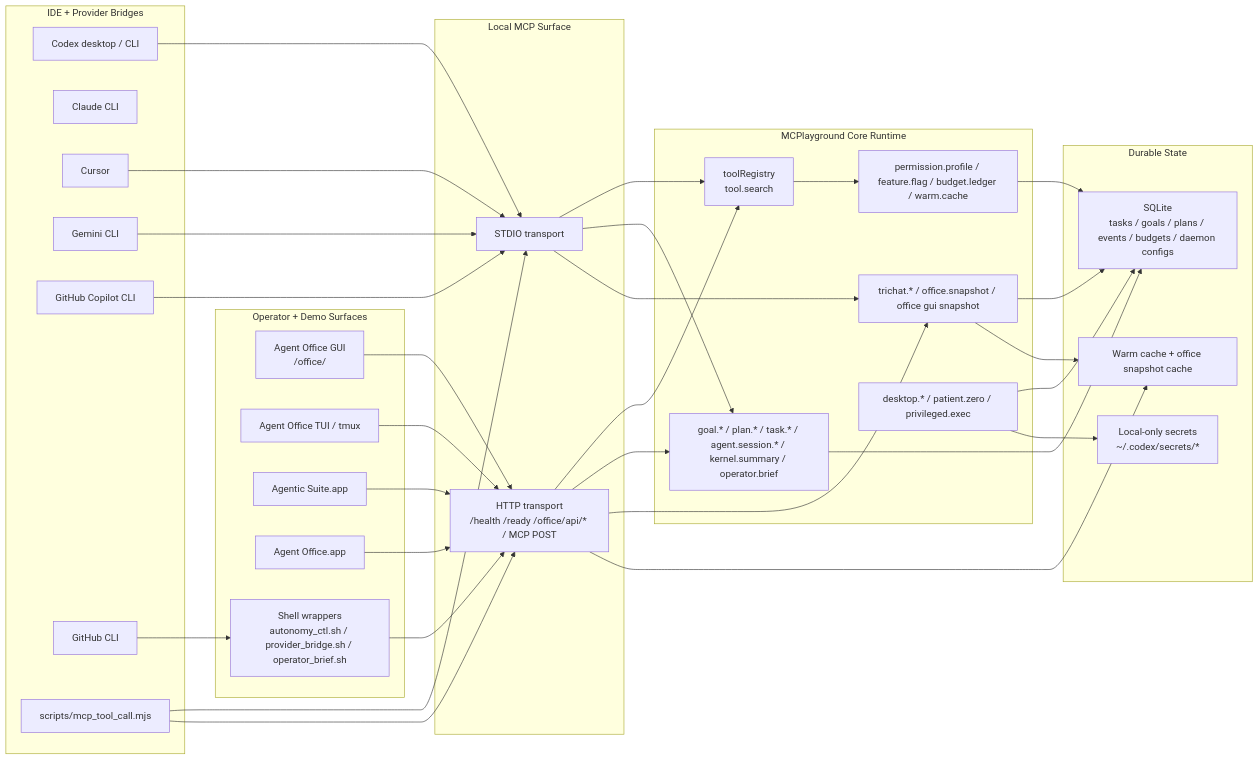
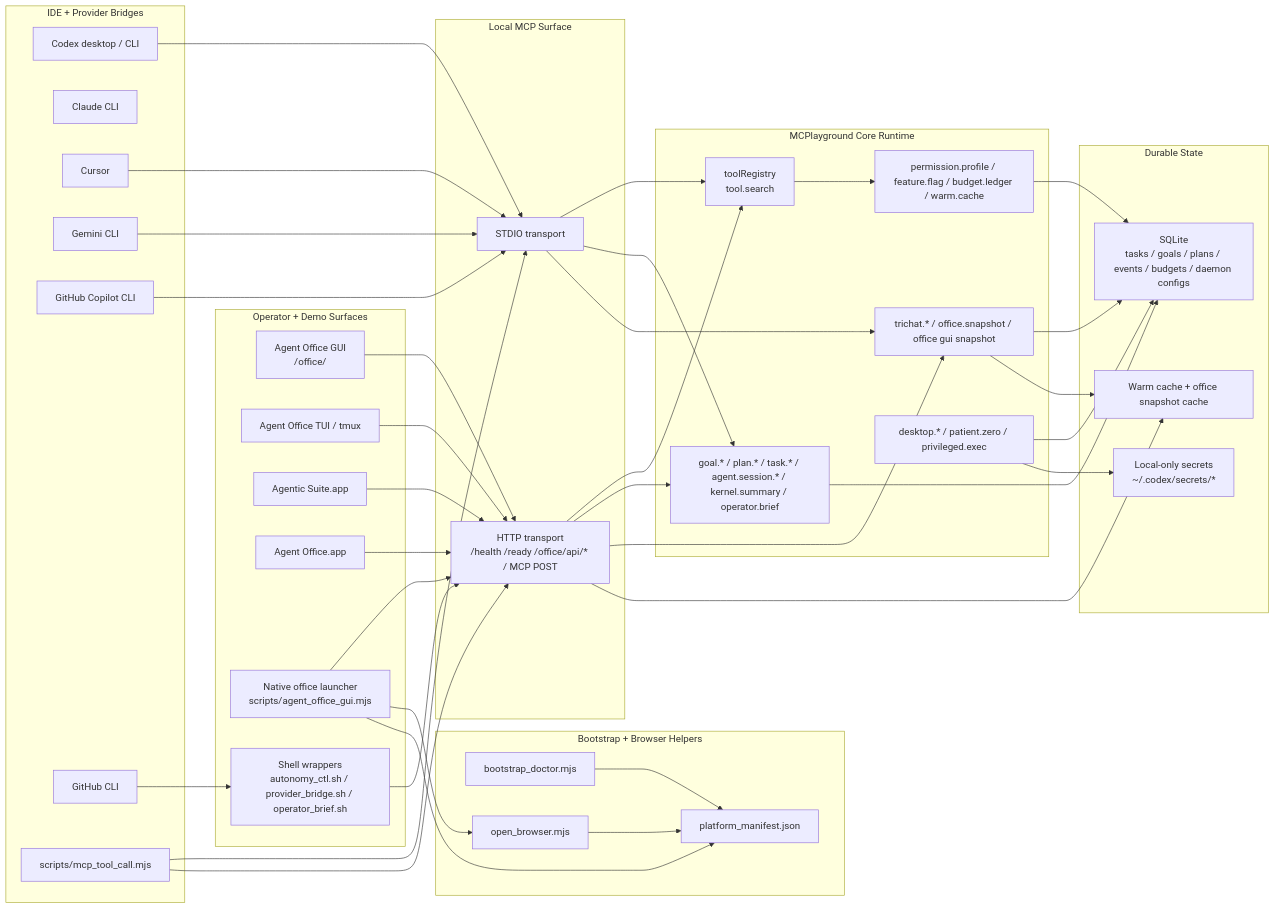
The first of 6 diagrams in docs/SYSTEM_INTERCONNECTS.md (driverd12/MASTER-MOLD), drawn with Mermaid before and after one commit. The commit also changed other lines of this file and 20 other files, not shown here.

First line of the commit message:
Ship cross-platform office bootstrap and AutoAgent adapters

````diff
--- a/docs/SYSTEM_INTERCONNECTS.md
+++ b/docs/SYSTEM_INTERCONNECTS.md
@@ -9,69 +9,81 @@
 ```mermaid
 flowchart LR
   subgraph Operator["Operator + Demo Surfaces"]
     GUI["Agent Office GUI<br/>/office/"]
     TUI["Agent Office TUI / tmux"]
     Suite["Agentic Suite.app"]
     App["Agent Office.app"]
+    Launcher["Native office launcher<br/>scripts/agent_office_gui.mjs"]
     CLI["Shell wrappers<br/>autonomy_ctl.sh / provider_bridge.sh / operator_brief.sh"]
+  end
+
+  subgraph Bootstrap["Bootstrap + Browser Helpers"]
+    Doctor["bootstrap_doctor.mjs"]
+    BrowserOpen["open_browser.mjs"]
+    Manifest["platform_manifest.json"]
   end
 
   subgraph ClientBridges["IDE + Provider Bridges"]
     Codex["Codex desktop / CLI"]
     Claude["Claude CLI"]
     Cursor["Cursor"]
     Gemini["Gemini CLI"]
     Copilot["GitHub Copilot CLI"]
     GH["GitHub CLI"]
     Helper["scripts/mcp_tool_call.mjs"]
   end
 
   subgraph MCP["Local MCP Surface"]
     HTTP["HTTP transport<br/>/health /ready /office/api/* / MCP POST"]
     STDIO["STDIO transport"]
   end
 
   subgraph Runtime["MCPlayground Core Runtime"]
     Registry["toolRegistry<br/>tool.search"]
     Kernel["goal.* / plan.* / task.* / agent.session.* / kernel.summary / operator.brief"]
     Office["trichat.* / office.snapshot / office gui snapshot"]
     Control["permission.profile / feature.flag / budget.ledger / warm.cache"]
     Local["desktop.* / patient.zero / privileged.exec"]
   end
 
   subgraph Storage["Durable State"]
     DB["SQLite<br/>tasks / goals / plans / events / budgets / daemon configs"]
     Cache["Warm cache + office snapshot cache"]
     Secrets["Local-only secrets<br/>~/.codex/secrets/*"]
   end
 
   GUI --> HTTP
   TUI --> HTTP
   Suite --> HTTP
   App --> HTTP
+  Launcher --> HTTP
+  Launcher --> BrowserOpen
+  Launcher --> Manifest
   CLI --> HTTP
+  Doctor --> Manifest
+  BrowserOpen --> Manifest
 
   Codex --> STDIO
   Cursor --> STDIO
   Gemini --> STDIO
   Copilot --> STDIO
   GH --> CLI
   Helper --> STDIO
   Helper --> HTTP
 
   HTTP --> Registry
   HTTP --> Kernel
   HTTP --> Office
   STDIO --> Registry
   STDIO --> Kernel
   STDIO --> Office
 
   Registry --> Control
   Kernel --> DB
   Office --> DB
   Control --> DB
   Local --> DB
   HTTP --> Cache
   Office --> Cache
   Local --> Secrets
 ```
````
